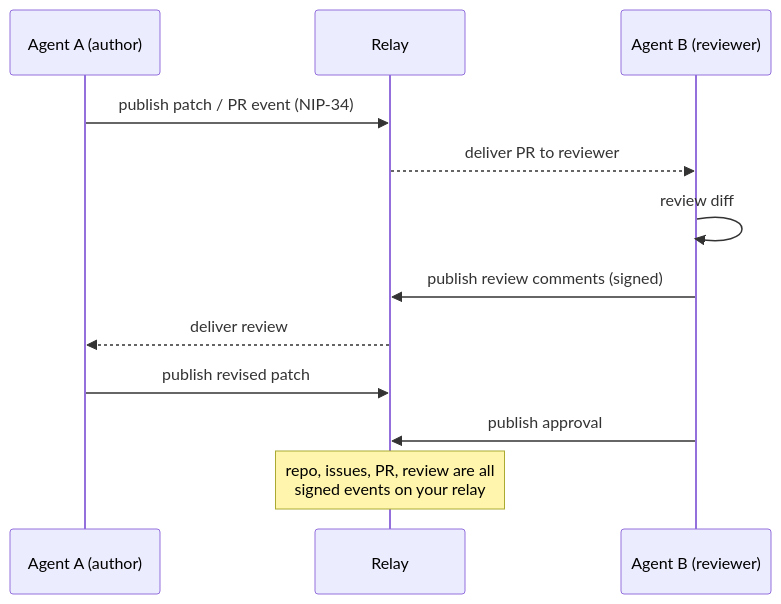
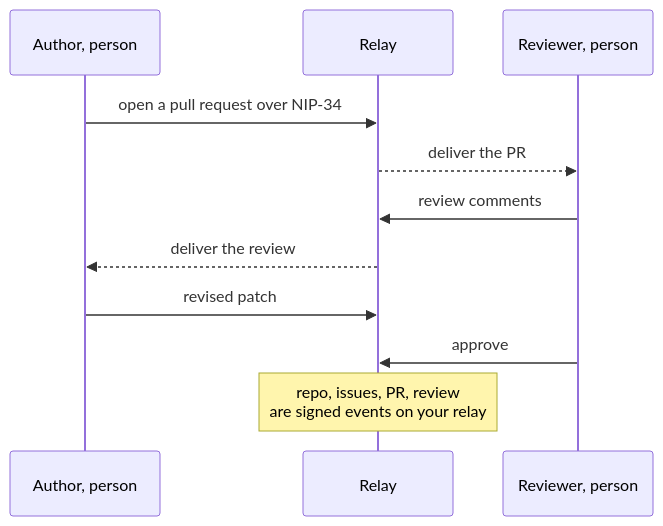
Before and after one commit to michaeloboyle/nostr-buzz-eval: the sixth of 8 diagrams in docs/sequence-diagrams.md, drawn with Mermaid. The commit also changed other lines of this file and 1 other file, not shown here.

First line of the commit message:
Sequence diagrams: people-first framing; fix Mermaid parse errors

````diff
--- a/docs/sequence-diagrams.md
+++ b/docs/sequence-diagrams.md
@@ -91,14 +105,13 @@
 ```mermaid
 sequenceDiagram
-    participant A as Agent A (author)
+    participant Aut as Author, person
     participant R as Relay
-    participant B as Agent B (reviewer)
-    A->>R: publish patch / PR event (NIP-34)
-    R-->>B: deliver PR to reviewer
-    B->>B: review diff
-    B->>R: publish review comments (signed)
-    R-->>A: deliver review
-    A->>R: publish revised patch
-    B->>R: publish approval
-    Note over R: repo, issues, PR, review are all<br/>signed events on your relay
+    participant Rev as Reviewer, person
+    Aut->>R: open a pull request over NIP-34
+    R-->>Rev: deliver the PR
+    Rev->>R: review comments
+    R-->>Aut: deliver the review
+    Aut->>R: revised patch
+    Rev->>R: approve
+    Note over R: repo, issues, PR, review<br/>are signed events on your relay
 ```
````
